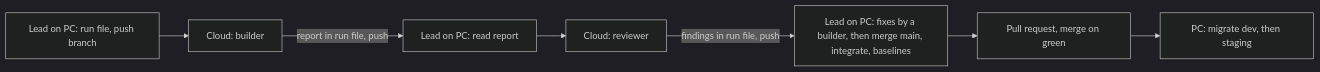
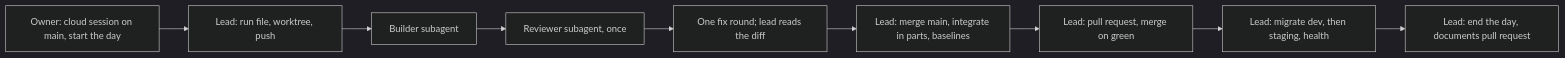
The diagram in docs/runbooks/hybrid.md (techaust/shakti_prime), drawn with Mermaid (dark theme) before and after one commit. The commit also changed other lines of this file and 11 other files, not shown here.

Commit message:
docs: a day runs wholly in the cloud or wholly on the PC (hybrid rewritten for the cloud day: lead, agents, integration, pull requests and hosted steps in the cloud); expert roles for every session and the builder and reviewer

````diff
--- a/docs/runbooks/hybrid.md
+++ b/docs/runbooks/hybrid.md
@@ -28,9 +28,11 @@
 ```mermaid
 flowchart LR
-  A[Lead on PC: run file, push branch] --> B[Cloud: builder]
-  B -->|report in run file, push| C[Lead on PC: read report]
-  C --> D[Cloud: reviewer]
-  D -->|findings in run file, push| E[Lead on PC: fixes by a builder, then merge main, integrate, baselines]
-  E --> F[Pull request, merge on green]
-  F --> G[PC: migrate dev, then staging]
+  A[Owner: cloud session on main, start the day] --> B[Lead: run file, worktree, push]
+  B --> C[Builder subagent]
+  C --> D[Reviewer subagent, once]
+  D --> E[One fix round; lead reads the diff]
+  E --> F[Lead: merge main, integrate in parts, baselines]
+  F --> G[Lead: pull request, merge on green]
+  G --> H[Lead: migrate dev, then staging, health]
+  H --> I[Lead: end the day, documents pull request]
 ```
````
